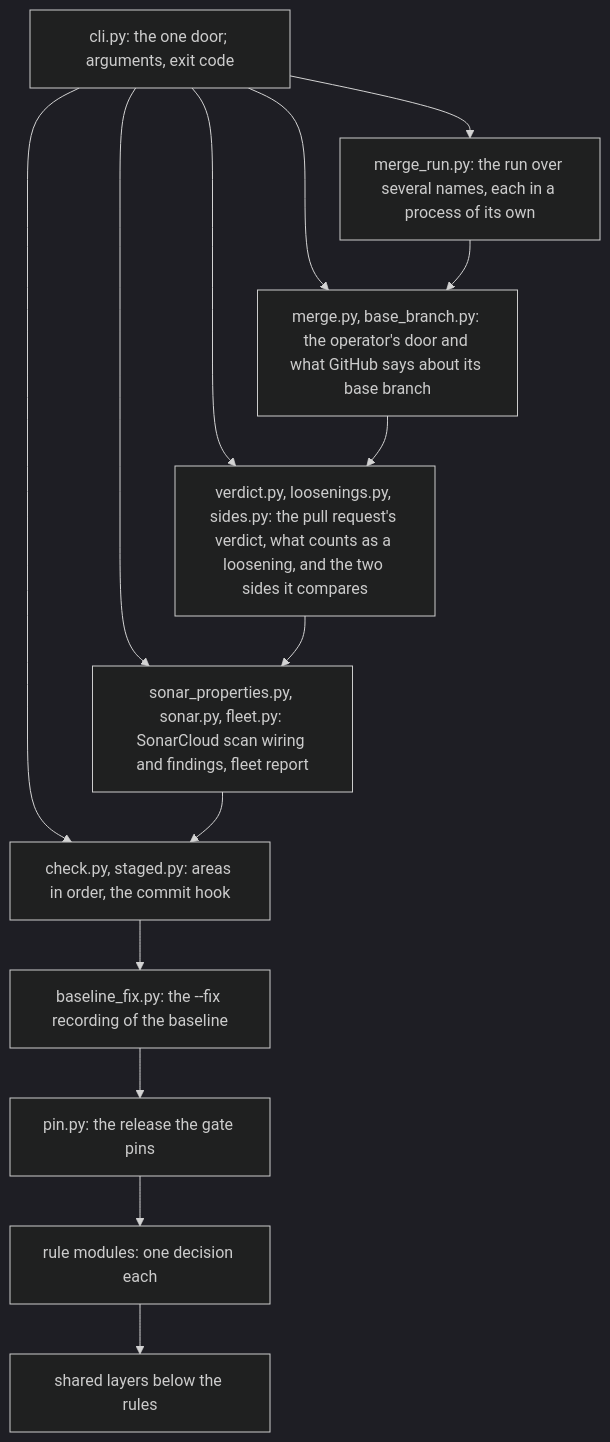
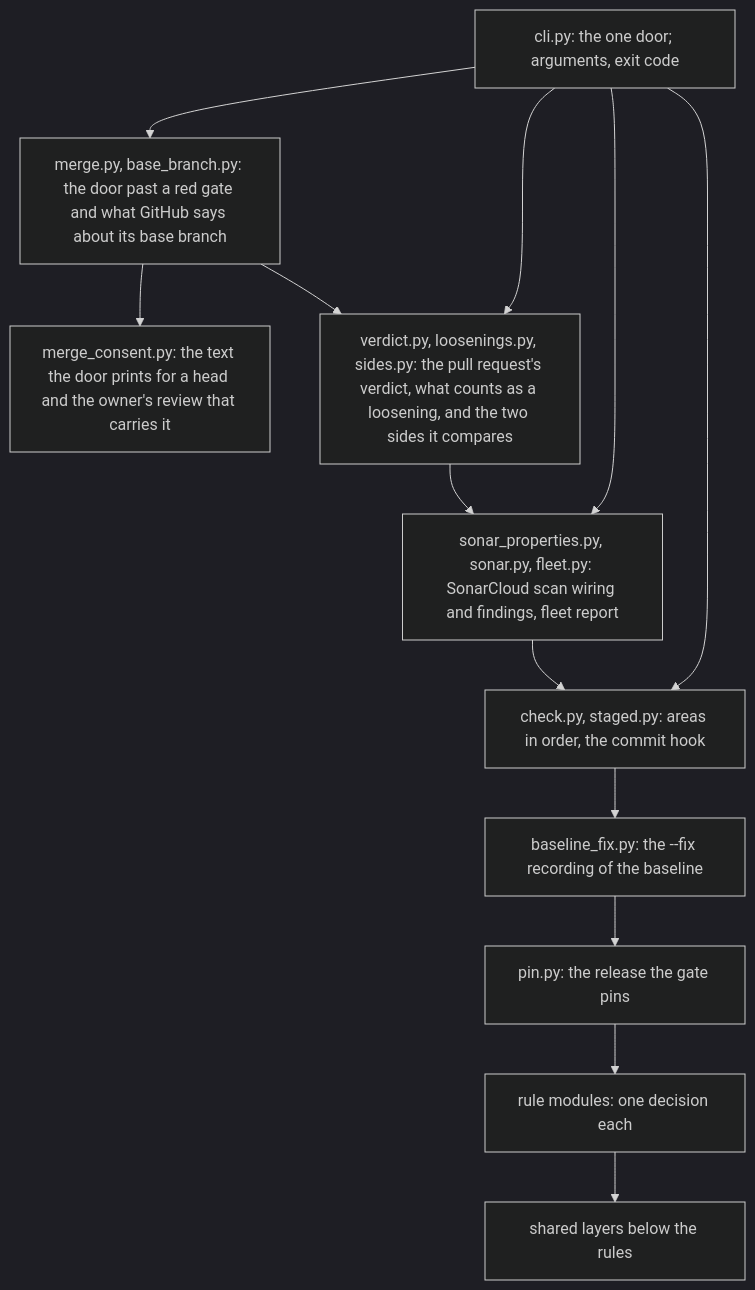
Before and after one commit to overnightworks/quality: the second of 3 diagrams in docs/ARCHITECTURE.md, drawn with Mermaid (dark theme). The commit also changed other lines of this file and 48 other files, not shown here.

First line of the commit message:
The merge door merges on the operator's consent review; typed yes, terminal check and batch run go (#1087)

````diff
--- a/docs/ARCHITECTURE.md
+++ b/docs/ARCHITECTURE.md
@@ -44,26 +44,25 @@
 ```mermaid
 flowchart TB
     cli["cli.py: the one door; arguments, exit code"]
-    several["merge_run.py: the run over several names, each in a process of its own"]
-    door["merge.py, base_branch.py: the operator's door and what GitHub says about its base branch"]
+    door["merge.py, base_branch.py: the door past a red gate and what GitHub says about its base branch"]
+    consent["merge_consent.py: the text the door prints for a head and the owner's review that carries it"]
     verdict["verdict.py, loosenings.py, sides.py: the pull request's verdict, what counts as a loosening, and the two sides it compares"]
     reports["sonar_properties.py, sonar.py, fleet.py: SonarCloud scan wiring and findings, fleet report"]
     check["check.py, staged.py: areas in order, the commit hook"]
     fix["baseline_fix.py: the --fix recording of the baseline"]
     pin["pin.py: the release the gate pins"]
     rules["rule modules: one decision each"]
     shared["shared layers below the rules"]
-    cli --> several
     cli --> door
-    several --> door
+    door --> consent
     cli --> verdict
     cli --> reports
     cli --> check
     door --> verdict
     verdict --> reports
     reports --> check
     check --> fix
     fix --> pin
     pin --> rules
     rules --> shared
 ```
````
